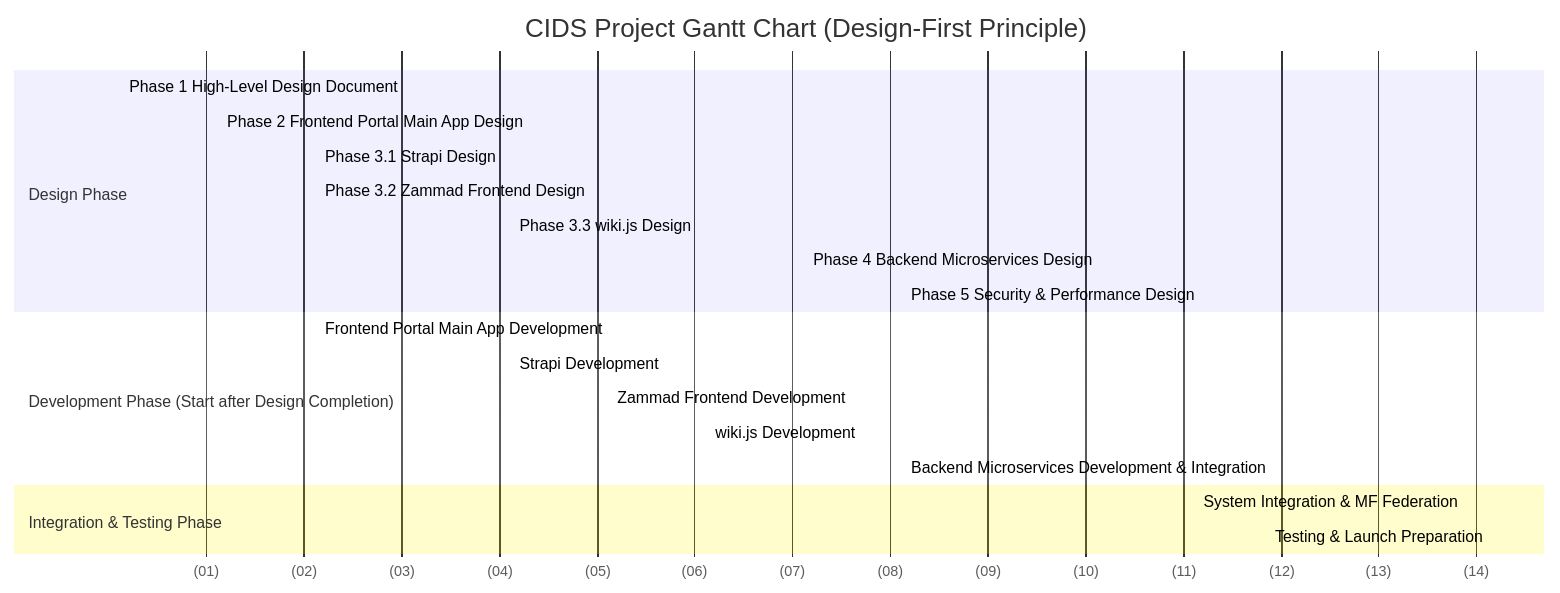
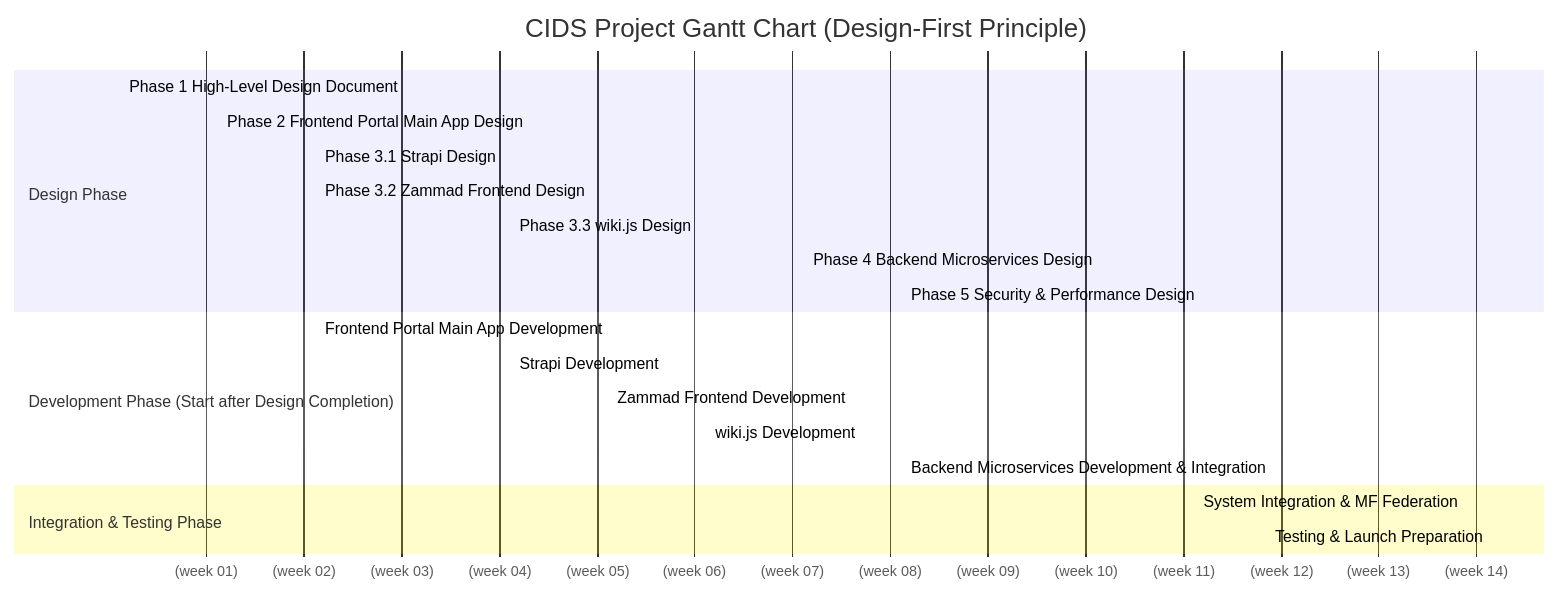
One commit to duofangxiangcai/iodraw-files changed the diagram in all/未命名.md. Above: the diagram before and after it, drawn with Mermaid.

Commit message:
2025-12-09 17:22:19 update

````diff
--- a/all/未命名.md
+++ b/all/未命名.md
@@ -1,29 +1,29 @@
 ```mermaid
 gantt
     title CIDS Project Gantt Chart (Design-First Principle)
     dateFormat  YYYY-MM-DD
-    axisFormat  (%W)  
+    axisFormat  (week %W)  
     tickInterval 7          %// 每周一个刻度（更清晰）
 
 
     % 项目起始日期：第1周周一（可根据实际调整）
     section Design Phase
         Phase 1 High-Level Design Document       :done,    des1, 2024-01-01, 7d    % Week1 (1 week)
         Phase 2 Frontend Portal Main App Design :done,    des2, 2024-01-08, 7d    % Week2 (1 week)
         Phase 3.1 Strapi Design                 :active,  des31, 2024-01-15, 14d  % Week3-4 (2 weeks)
         Phase 3.2 Zammad Frontend Design        :         des32, 2024-01-15, 21d  % Week3-5 (3 weeks)
         Phase 3.3 wiki.js Design                :         des33, 2024-01-29, 21d  % Week4-6 (3 weeks)
         Phase 4 Backend Microservices Design    :         des4, 2024-02-19, 7d    % Week7 (1 week)
         Phase 5 Security & Performance Design   :         des5, 2024-02-26, 7d    % Week8 (1 week)
 
     section Development Phase (Start after Design Completion)
         Frontend Portal Main App Development     :         dev1, 2024-01-15, 35d  % Starts after Phase2 → Week3-7 (5 weeks)
         Strapi Development                        :         dev2, 2024-01-29, 35d  % Starts after Phase3.1 → Week5-9 (5 weeks)
         Zammad Frontend Development               :         dev3, 2024-02-05, 35d  % Starts after Phase3.2 → Week6-10 (5 weeks)
         wiki.js Development                        :         dev4, 2024-02-12, 35d  % Starts after Phase3.3 → Week7-11 (5 weeks)
         Backend Microservices Development & Integration : dev5, 2024-02-26, 42d  % Starts after Phase4 → Week8-13 (6 weeks)
 
     section Integration & Testing Phase
         System Integration & MF Federation       :         int1, 2024-03-18, 21d  % Week14-16 (3 weeks)
         Testing & Launch Preparation             :         test1, 2024-04-08, 7d  % Week17 (1 week)
 ```
````
